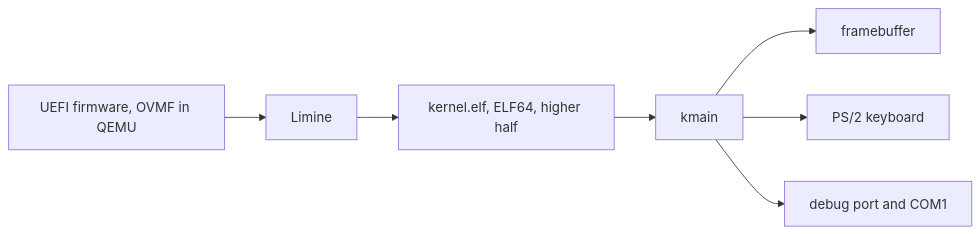
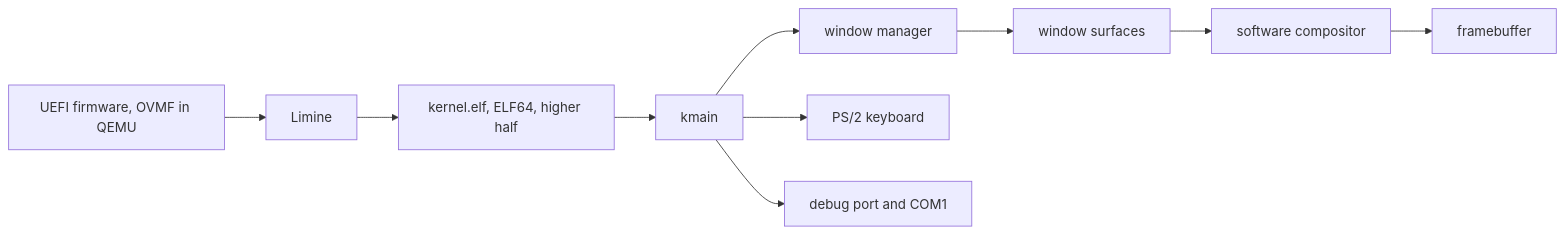
The diagram in docs/architecture.md (JJtmc1234/ME-OS), drawn with Mermaid before and after one commit. The commit also changed other lines of this file and 18 other files, not shown here.

Commit message:
Complete M14 window surfaces and compositor

````diff
--- a/docs/architecture.md
+++ b/docs/architecture.md
@@ -8,9 +8,12 @@
 ```mermaid
 flowchart LR
     FW[UEFI firmware, OVMF in QEMU] --> LIM[Limine]
     LIM --> KRN[kernel.elf, ELF64, higher half]
     KRN --> MAIN[kmain]
-    MAIN --> FB[framebuffer]
+    MAIN --> WM[window manager]
+    WM --> SURF[window surfaces]
+    SURF --> COMP[software compositor]
+    COMP --> FB[framebuffer]
     MAIN --> KBD[PS/2 keyboard]
     MAIN --> LOG[debug port and COM1]
 ```
````
